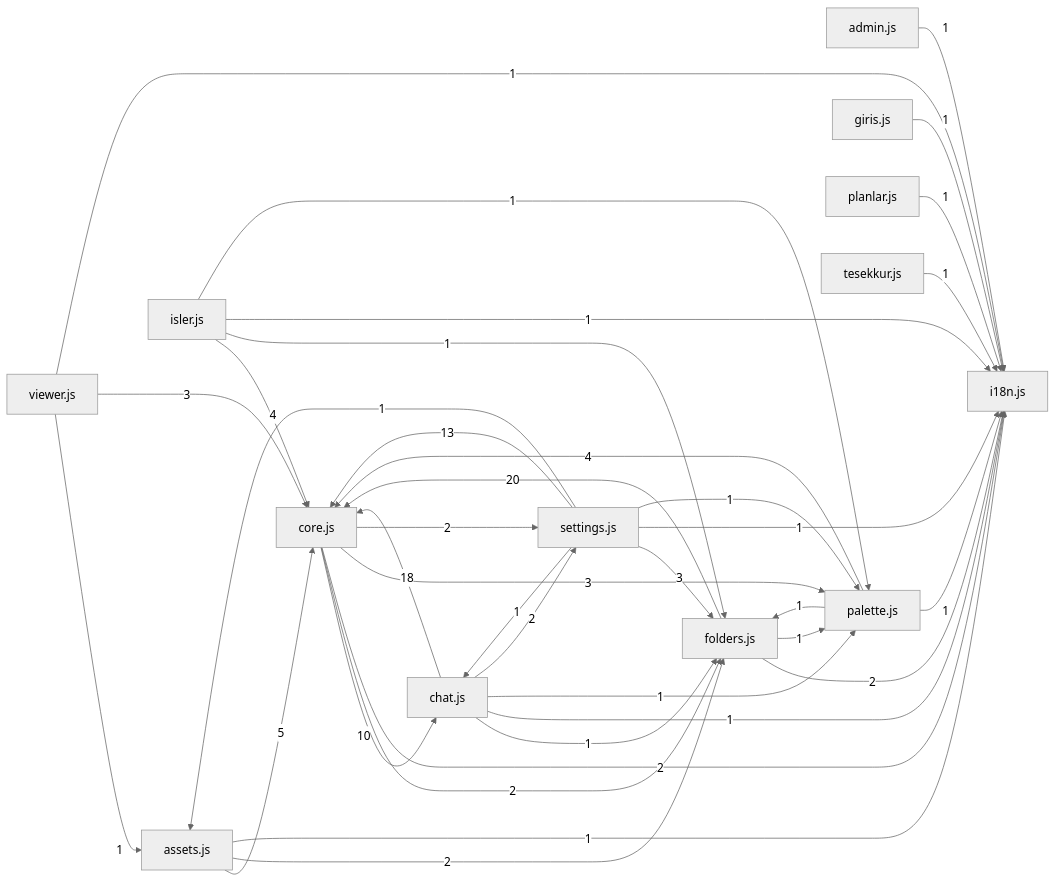
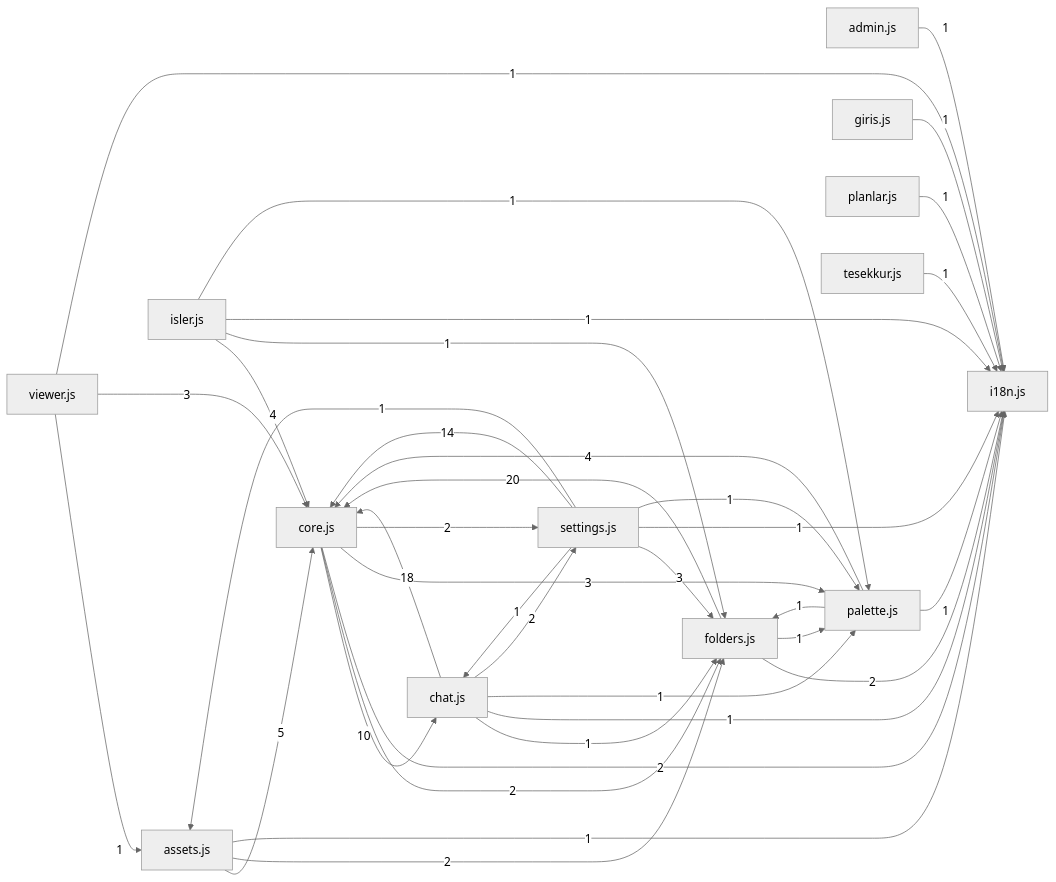
One commit to Zenginby/kromis changed the diagram in docs/graflar/onyuz.md. Above: the diagram before and after it, drawn with Mermaid (neutral theme). The commit also changed other lines of this file and 46 other files, not shown here.

````diff
--- a/docs/graflar/onyuz.md
+++ b/docs/graflar/onyuz.md
@@ -34,39 +34,39 @@
 ```mermaid
 flowchart LR
   n_admin_js["admin.js"] -->|1| n_i18n_js["i18n.js"]
   n_assets_js["assets.js"] -->|5| n_core_js["core.js"]
   n_assets_js["assets.js"] -->|2| n_folders_js["folders.js"]
   n_assets_js["assets.js"] -->|1| n_i18n_js["i18n.js"]
   n_chat_js["chat.js"] -->|18| n_core_js["core.js"]
   n_chat_js["chat.js"] -->|1| n_folders_js["folders.js"]
   n_chat_js["chat.js"] -->|1| n_i18n_js["i18n.js"]
   n_chat_js["chat.js"] -->|1| n_palette_js["palette.js"]
   n_chat_js["chat.js"] -->|2| n_settings_js["settings.js"]
   n_core_js["core.js"] -->|10| n_chat_js["chat.js"]
   n_core_js["core.js"] -->|2| n_folders_js["folders.js"]
   n_core_js["core.js"] -->|2| n_i18n_js["i18n.js"]
   n_core_js["core.js"] -->|3| n_palette_js["palette.js"]
   n_core_js["core.js"] -->|2| n_settings_js["settings.js"]
   n_folders_js["folders.js"] -->|20| n_core_js["core.js"]
   n_folders_js["folders.js"] -->|2| n_i18n_js["i18n.js"]
   n_folders_js["folders.js"] -->|1| n_palette_js["palette.js"]
   n_giris_js["giris.js"] -->|1| n_i18n_js["i18n.js"]
   n_isler_js["isler.js"] -->|4| n_core_js["core.js"]
   n_isler_js["isler.js"] -->|1| n_folders_js["folders.js"]
   n_isler_js["isler.js"] -->|1| n_i18n_js["i18n.js"]
   n_isler_js["isler.js"] -->|1| n_palette_js["palette.js"]
   n_palette_js["palette.js"] -->|4| n_core_js["core.js"]
   n_palette_js["palette.js"] -->|1| n_folders_js["folders.js"]
   n_palette_js["palette.js"] -->|1| n_i18n_js["i18n.js"]
   n_planlar_js["planlar.js"] -->|1| n_i18n_js["i18n.js"]
   n_settings_js["settings.js"] -->|1| n_assets_js["assets.js"]
   n_settings_js["settings.js"] -->|1| n_chat_js["chat.js"]
-  n_settings_js["settings.js"] -->|13| n_core_js["core.js"]
+  n_settings_js["settings.js"] -->|14| n_core_js["core.js"]
   n_settings_js["settings.js"] -->|3| n_folders_js["folders.js"]
   n_settings_js["settings.js"] -->|1| n_i18n_js["i18n.js"]
   n_settings_js["settings.js"] -->|1| n_palette_js["palette.js"]
   n_tesekkur_js["tesekkur.js"] -->|1| n_i18n_js["i18n.js"]
   n_viewer_js["viewer.js"] -->|1| n_assets_js["assets.js"]
   n_viewer_js["viewer.js"] -->|3| n_core_js["core.js"]
   n_viewer_js["viewer.js"] -->|1| n_i18n_js["i18n.js"]
 ```
````
